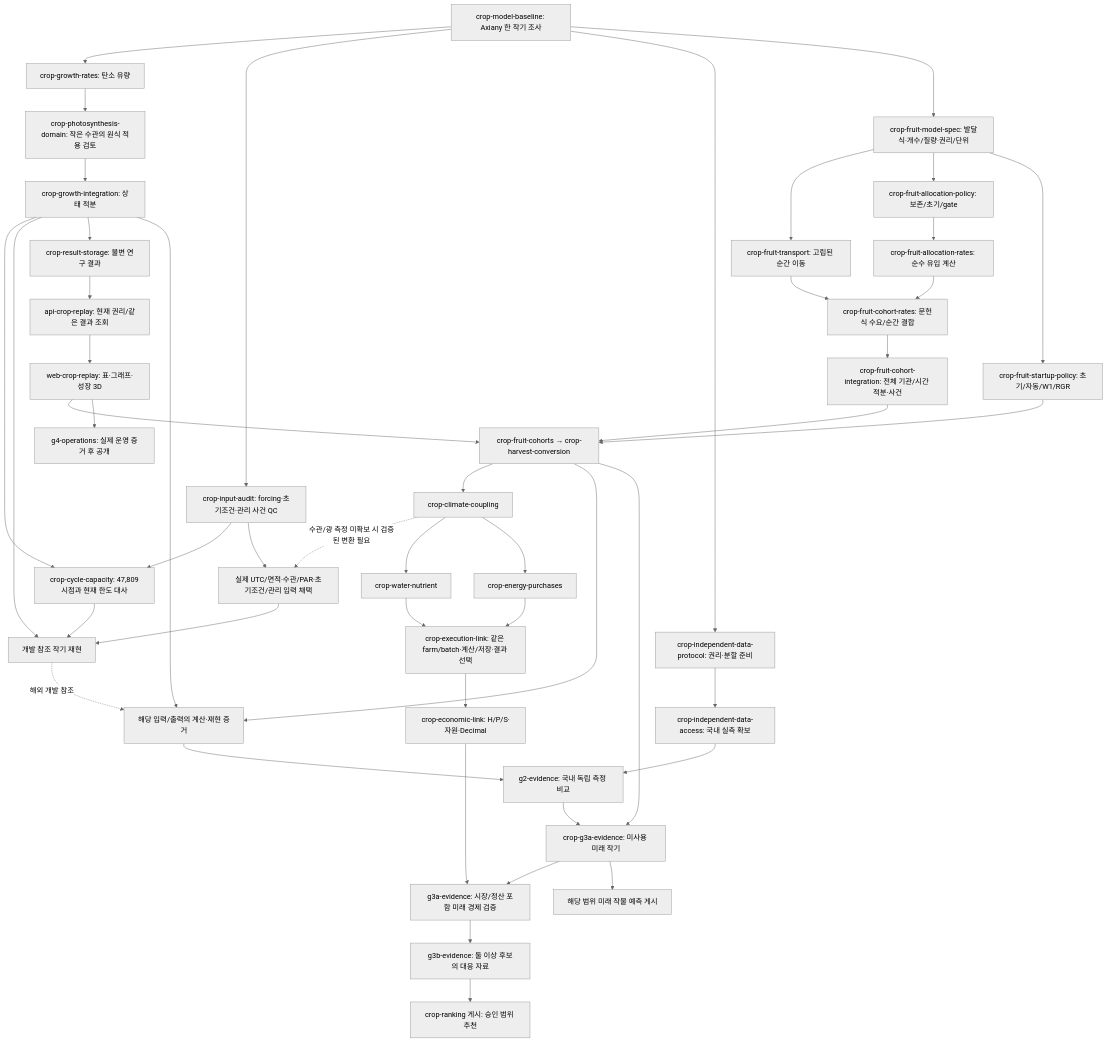
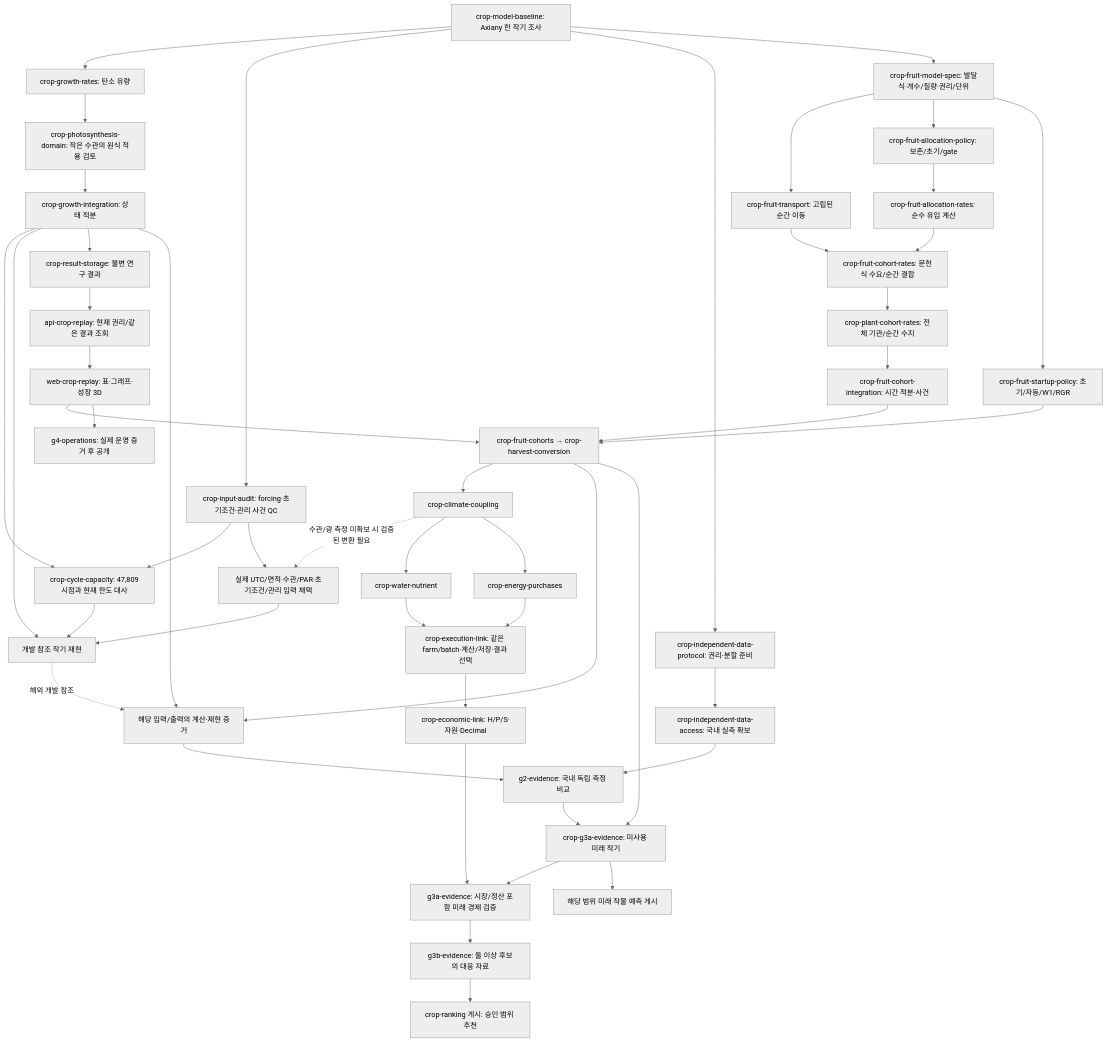
Before and after one commit to KIMSUNGHOON/OpenSmartFarmSim: the first of 2 diagrams in tasks/plan.md, drawn with Mermaid (neutral theme). The commit also changed other lines of this file and 13 other files, not shown here.

First line of the commit message:
feat(crop): conserve whole plant carbon with explicit fruit cohorts

````diff
--- a/tasks/plan.md
+++ b/tasks/plan.md
@@ -26,49 +27,50 @@
 ```mermaid
 flowchart TD
   B["crop-model-baseline: Axiany 한 작기 조사"] --> R["crop-growth-rates: 탄소 유량"]
   B --> Q["crop-input-audit: forcing·초기조건·관리 사건 QC"]
   B --> AP["crop-independent-data-protocol: 권리·분할 준비"]
   AP --> A["crop-independent-data-access: 국내 실측 확보"]
   R --> D["crop-photosynthesis-domain: 작은 수관의 원식 적용 검토"]
   D --> I["crop-growth-integration: 상태 적분"]
   Q --> CAP["crop-cycle-capacity: 47,809시점과 현재 한도 대사"]
   I --> CAP
   CAP --> X["개발 참조 작기 재현"]
   Q --> AQ["실제 UTC/면적·수관/PAR·초기조건/관리 입력 채택"]
   AQ --> X
   I --> X
   I --> S["crop-result-storage: 불변 연구 결과"]
   S --> API["api-crop-replay: 현재 권리/같은 결과 조회"]
   API --> V["web-crop-replay: 표·그래프·성장 3D"]
   B --> FM["crop-fruit-model-spec: 발달식·개수/질량·권리/단위"]
   FM --> FT["crop-fruit-transport: 고립된 순간 이동"]
   FM --> FP["crop-fruit-allocation-policy: 보존/초기/gate"]
   FT --> CR["crop-fruit-cohort-rates: 문헌식 수요/순간 결합"]
   FP --> FA["crop-fruit-allocation-rates: 순수 유입 계산"]
   FA --> CR
-  CR --> CI["crop-fruit-cohort-integration: 전체 기관/시간 적분·사건"]
+  CR --> PC["crop-plant-cohort-rates: 전체 기관/순간 수지"]
+  PC --> CI["crop-fruit-cohort-integration: 시간 적분·사건"]
   FM --> ST["crop-fruit-startup-policy: 초기/자동/W1/RGR"]
   CI --> F["crop-fruit-cohorts → crop-harvest-conversion"]
   ST --> F
   V --> F
   F --> C["crop-climate-coupling"]
   C -. 수관/광 측정 미확보 시 검증된 변환 필요 .-> AQ
   C --> W["crop-water-nutrient"]
   C --> E["crop-energy-purchases"]
   W --> L["crop-execution-link: 같은 farm/batch·계산/저장·결과 선택"]
   E --> L
   L --> M["crop-economic-link: H/P/S·자원·Decimal"]
   A --> G2["g2-evidence: 국내 독립 측정 비교"]
   I --> CALC["해당 입력/출력의 계산·재현 증거"]
   F --> CALC
   X -. 해외 개발 참조 .-> CALC
   CALC --> G2
   G2 --> G3A["crop-g3a-evidence: 미사용 미래 작기"]
   F --> G3A
   M --> EC["g3a-evidence: 시장/정산 포함 미래 경제 검증"]
   G3A --> EC
   G3A --> P["해당 범위 미래 작물 예측 게시"]
   EC --> PAIR["g3b-evidence: 둘 이상 후보의 대응 자료"]
   PAIR --> REC["crop-ranking 게시: 승인 범위 추천"]
   V --> PUB["g4-operations: 실제 운영 증거 후 공개"]
 ```
````
